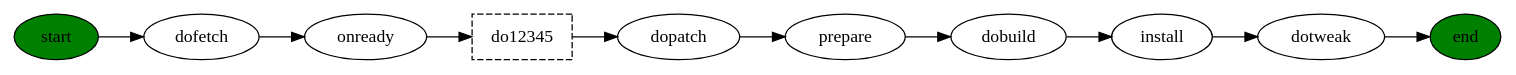
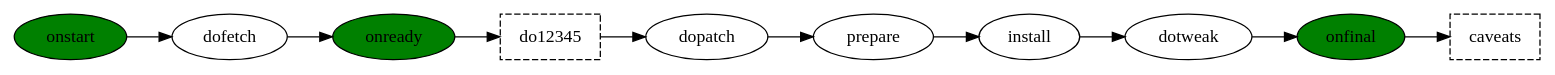
Before and after one commit to leleliu008/xcpkg: the diagram in phases.dot, drawn with Graphviz. The commit also changed 4 other files, not shown here.

```diff
--- a/phases.dot
+++ b/phases.dot
@@ -1,7 +1,12 @@
 digraph {
     rankdir="LR"
-    start -> dofetch -> onready -> do12345 -> dopatch -> prepare -> dobuild -> install -> dotweak -> end
+
+    onstart -> dofetch -> onready -> do12345 -> dopatch -> prepare -> install -> dotweak -> onfinal -> caveats
+
+    onstart [fillcolor="green";style=filled]
+    onready [fillcolor="green";style=filled]
+    onfinal [fillcolor="green";style=filled]
+
     do12345 [shape="box"; style="dashed"];
-    start [fillcolor="green";style=filled]
-    end [fillcolor="green";style=filled]
+    caveats [shape="box"; style="dashed"];
 }
```
